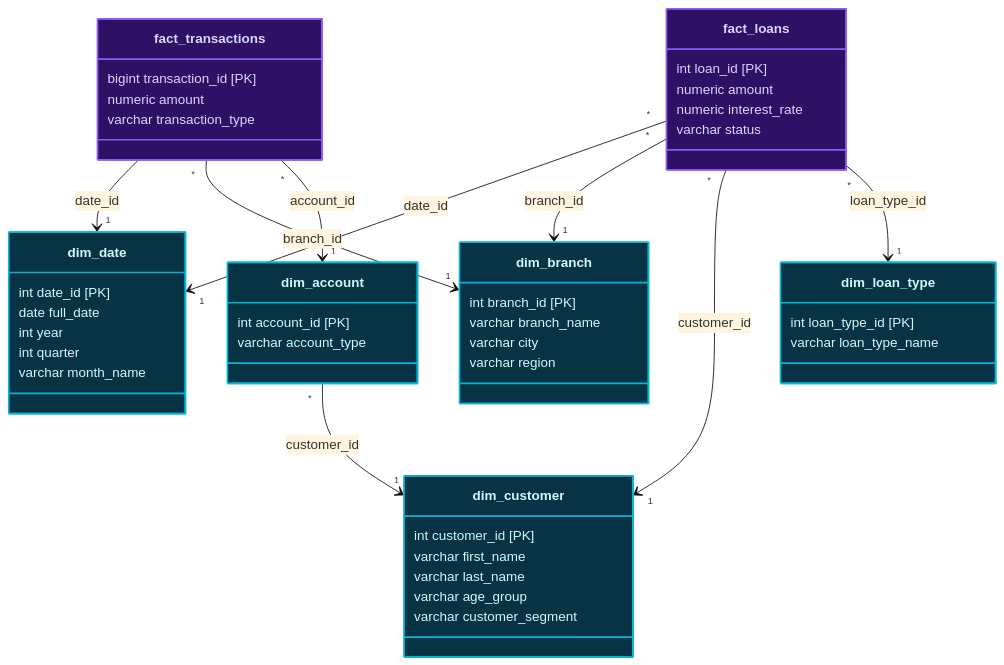
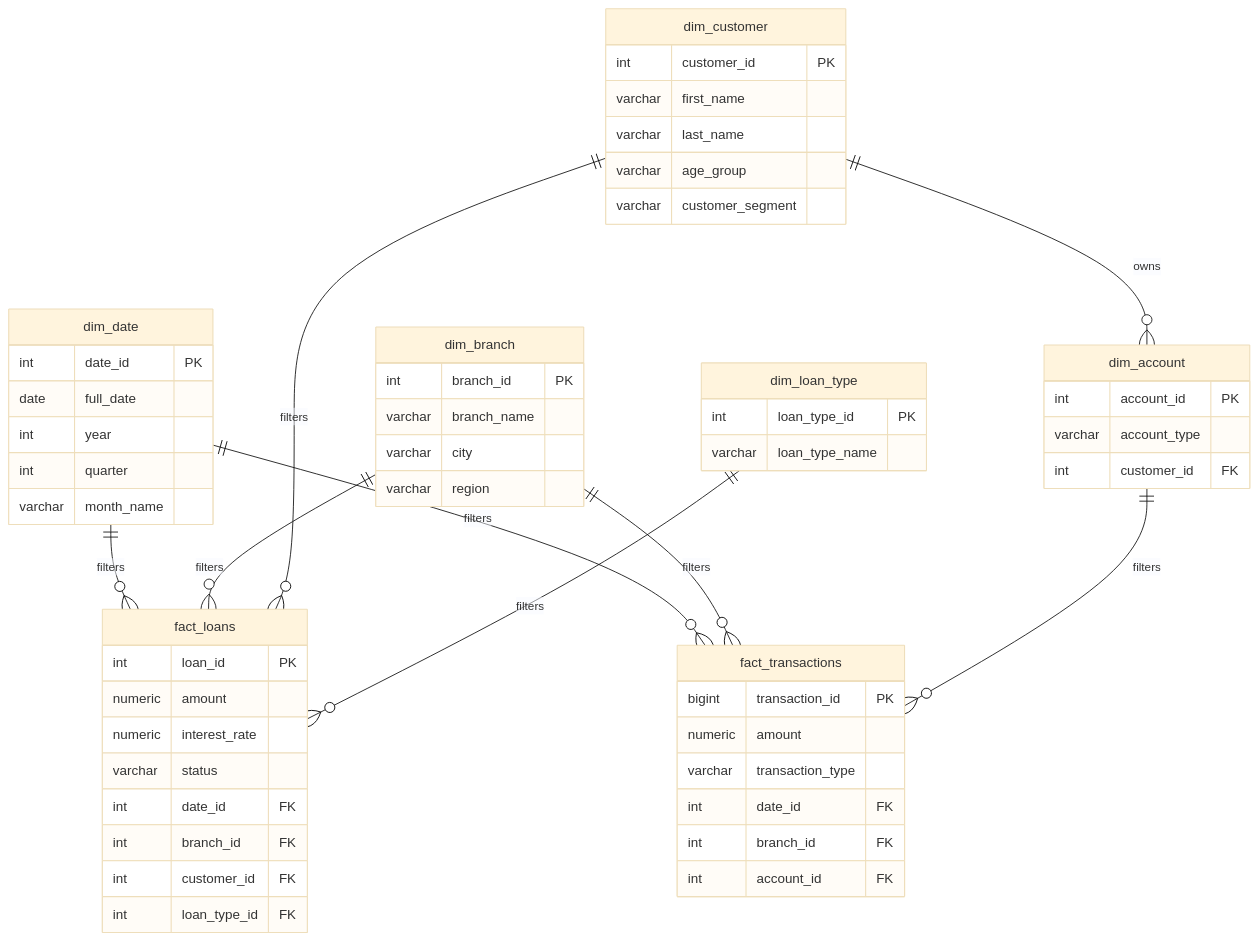
The second of 2 diagrams in README.md (DhanushPillay/Banking-Analytics-Data-Warehouse), drawn with Mermaid (base theme) before and after one commit. The commit also changed 13 other files, not shown here.

Commit message:
Update schema diagram and clean project files

````diff
--- a/README.md
+++ b/README.md
@@ -49,74 +49,70 @@
 ```mermaid
-classDiagram
-    %% Fact Tables (Measurements)
-    class fact_transactions {
-        bigint transaction_id [PK]
+erDiagram
+    %% Fact Tables
+    fact_transactions {
+        bigint transaction_id PK
         numeric amount
         varchar transaction_type
+        int date_id FK
+        int branch_id FK
+        int account_id FK
     }
     
-    class fact_loans {
-        int loan_id [PK]
+    fact_loans {
+        int loan_id PK
         numeric amount
         numeric interest_rate
         varchar status
+        int date_id FK
+        int branch_id FK
+        int customer_id FK
+        int loan_type_id FK
     }
     
-    %% Dimension Tables (Context)
-    class dim_date {
-        int date_id [PK]
+    %% Dimension Tables
+    dim_date {
+        int date_id PK
         date full_date
         int year
         int quarter
         varchar month_name
     }
     
-    class dim_branch {
-        int branch_id [PK]
+    dim_branch {
+        int branch_id PK
         varchar branch_name
         varchar city
         varchar region
     }
     
-    class dim_customer {
-        int customer_id [PK]
+    dim_customer {
+        int customer_id PK
         varchar first_name
         varchar last_name
         varchar age_group
         varchar customer_segment
     }
     
-    class dim_account {
-        int account_id [PK]
+    dim_account {
+        int account_id PK
         varchar account_type
+        int customer_id FK
     }
     
-    class dim_loan_type {
-        int loan_type_id [PK]
+    dim_loan_type {
+        int loan_type_id PK
         varchar loan_type_name
     }
 
-    %% Relationships (Placing facts at the center of the star)
-    fact_transactions "*" --> "1" dim_date : date_id
-    fact_transactions "*" --> "1" dim_branch : branch_id
-    fact_transactions "*" --> "1" dim_account : account_id
+    %% Relationships (One-to-Many Crow's Foot Notation)
+    dim_date ||--o{ fact_transactions : "filters"
+    dim_branch ||--o{ fact_transactions : "filters"
+    dim_account ||--o{ fact_transactions : "filters"
     
-    fact_loans "*" --> "1" dim_date : date_id
-    fact_loans "*" --> "1" dim_branch : branch_id
-    fact_loans "*" --> "1" dim_customer : customer_id
-    fact_loans "*" --> "1" dim_loan_type : loan_type_id
+    dim_date ||--o{ fact_loans : "filters"
+    dim_branch ||--o{ fact_loans : "filters"
+    dim_customer ||--o{ fact_loans : "filters"
+    dim_loan_type ||--o{ fact_loans : "filters"
     
-    dim_account "*" --> "1" dim_customer : customer_id
-
-    %% Aesthetic Premium Styling
-    %% Facts: Deep Violet background with vibrant Purple border
-    style fact_transactions fill:#2e1065,stroke:#8b5cf6,stroke-width:2px,color:#ddd6fe
-    style fact_loans fill:#2e1065,stroke:#8b5cf6,stroke-width:2px,color:#ddd6fe
-    
-    %% Dimensions: Deep Cyan background with vibrant Cyan border
-    style dim_date fill:#083344,stroke:#06b6d4,stroke-width:2px,color:#cffafe
-    style dim_branch fill:#083344,stroke:#06b6d4,stroke-width:2px,color:#cffafe
-    style dim_customer fill:#083344,stroke:#06b6d4,stroke-width:2px,color:#cffafe
-    style dim_account fill:#083344,stroke:#06b6d4,stroke-width:2px,color:#cffafe
-    style dim_loan_type fill:#083344,stroke:#06b6d4,stroke-width:2px,color:#cffafe
+    dim_customer ||--o{ dim_account : "owns"
 ```
````
